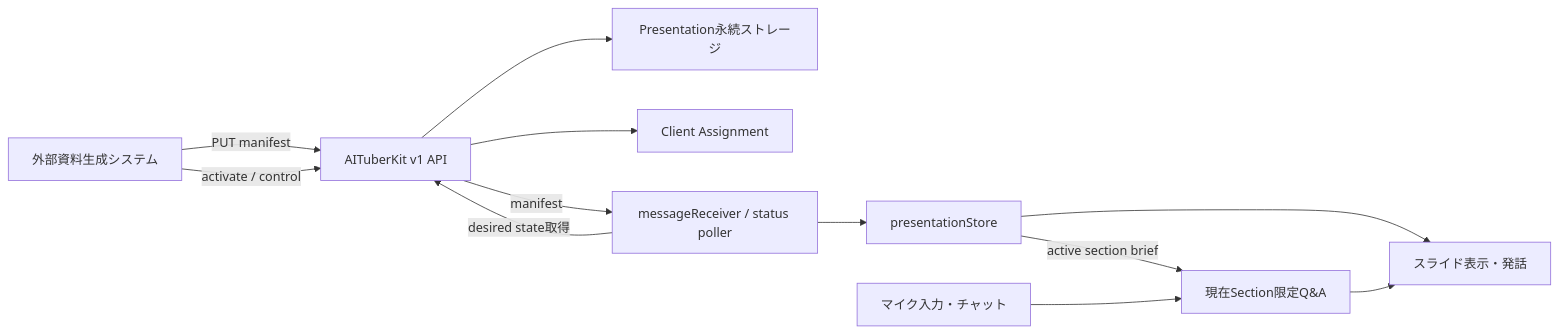
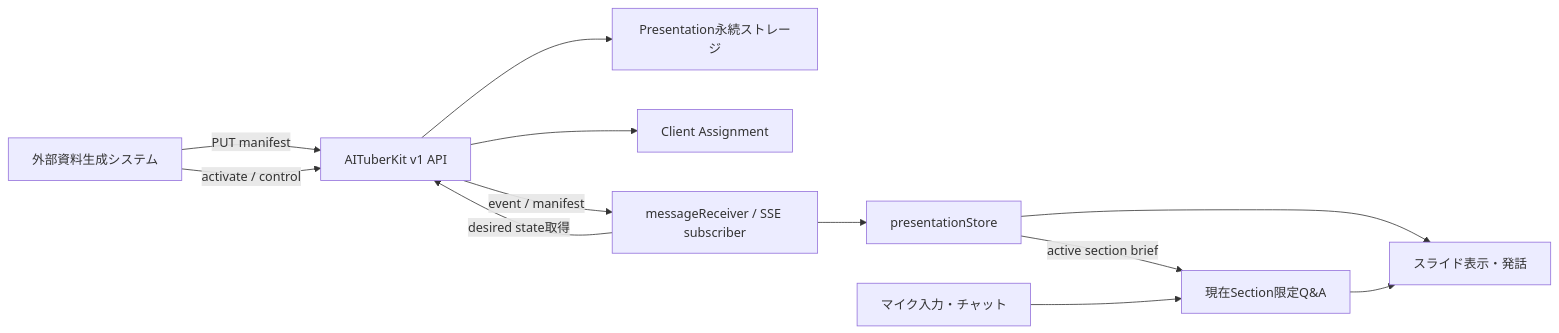
The first of 2 diagrams in docs/external-presentation-api-spec.md (tegnike/aituber-kit), drawn with Mermaid before and after one commit. The commit also changed other lines of this file and 11 other files, not shown here.

Commit message:
feat: stream receiver notifications over SSE

````diff
--- a/docs/external-presentation-api-spec.md
+++ b/docs/external-presentation-api-spec.md
@@ -84,24 +84,24 @@
 ```mermaid
 flowchart LR
   Producer["外部資料生成システム"]
   API["AITuberKit v1 API"]
   Storage["Presentation永続ストレージ"]
   Assignment["Client Assignment"]
-  Poller["messageReceiver / status poller"]
+  Receiver["messageReceiver / SSE subscriber"]
   Store["presentationStore"]
   Viewer["スライド表示・発話"]
   Chat["マイク入力・チャット"]
   LLM["現在Section限定Q&A"]
 
   Producer -->|PUT manifest| API
   API --> Storage
   Producer -->|activate / control| API
   API --> Assignment
-  Poller -->|desired state取得| API
-  API -->|manifest| Poller
-  Poller --> Store
+  Receiver -->|desired state取得| API
+  API -->|event / manifest| Receiver
+  Receiver --> Store
   Store --> Viewer
   Chat --> LLM
   Store -->|active section brief| LLM
   LLM --> Viewer
 ```
````
